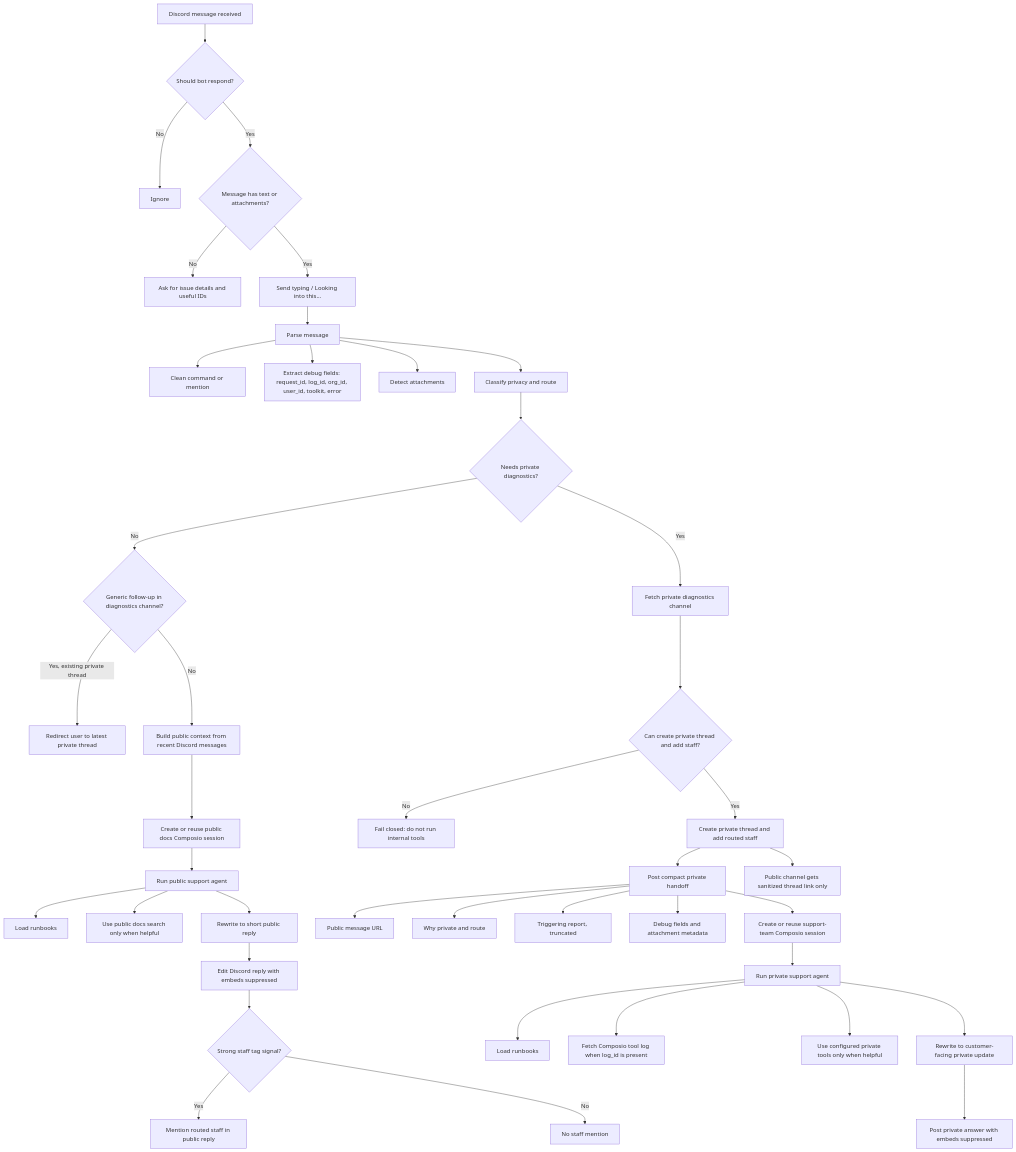
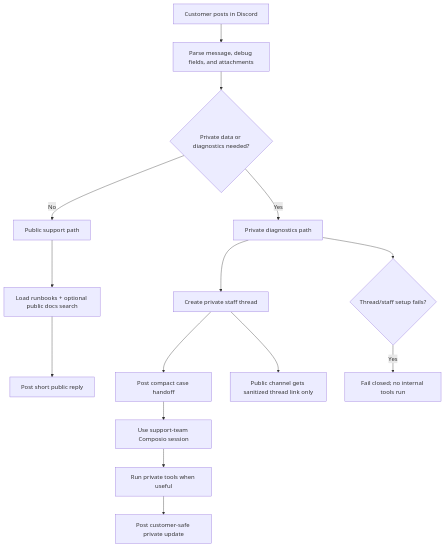
One commit to Malayvasa/composio-discord-support-bot changed the diagram in README.md. Above: the diagram before and after it, drawn with Mermaid.

Commit message:
Simplify README support flowchart

````diff
--- a/README.md
+++ b/README.md
@@ -98,45 +98,20 @@
 ```mermaid
 flowchart TD
-  A["Discord message received"] --> B{"Should bot respond?"}
-  B -->|No| Z["Ignore"]
-  B -->|Yes| C{"Message has text or attachments?"}
-  C -->|No| C1["Ask for issue details and useful IDs"]
-  C -->|Yes| D["Send typing / Looking into this..."]
-  D --> E["Parse message"]
-  E --> E1["Clean command or mention"]
-  E --> E2["Extract debug fields: request_id, log_id, org_id, user_id, toolkit, error"]
-  E --> E3["Detect attachments"]
-  E --> F["Classify privacy and route"]
-  F --> G{"Needs private diagnostics?"}
+  A["Customer posts in Discord"] --> B["Parse message, debug fields, and attachments"]
+  B --> C{"Private data or diagnostics needed?"}
 
-  G -->|No| H{"Generic follow-up in diagnostics channel?"}
-  H -->|Yes, existing private thread| H1["Redirect user to latest private thread"]
-  H -->|No| I["Build public context from recent Discord messages"]
-  I --> J["Create or reuse public docs Composio session"]
-  J --> K["Run public support agent"]
-  K --> K1["Load runbooks"]
-  K --> K2["Use public docs search only when helpful"]
-  K --> K3["Rewrite to short public reply"]
-  K3 --> L["Edit Discord reply with embeds suppressed"]
-  L --> M{"Strong staff tag signal?"}
-  M -->|Yes| M1["Mention routed staff in public reply"]
-  M -->|No| M2["No staff mention"]
+  C -->|No| D["Public support path"]
+  D --> E["Load runbooks + optional public docs search"]
+  E --> F["Post short public reply"]
 
-  G -->|Yes| P["Fetch private diagnostics channel"]
-  P --> Q{"Can create private thread and add staff?"}
-  Q -->|No| Q1["Fail closed: do not run internal tools"]
-  Q -->|Yes| R["Create private thread and add routed staff"]
-  R --> S["Post compact private handoff"]
-  S --> S1["Public message URL"]
-  S --> S2["Why private and route"]
-  S --> S3["Triggering report, truncated"]
-  S --> S4["Debug fields and attachment metadata"]
-  S --> T["Create or reuse support-team Composio session"]
-  T --> U["Run private support agent"]
-  U --> U1["Load runbooks"]
-  U --> U2["Fetch Composio tool log when log_id is present"]
-  U --> U3["Use configured private tools only when helpful"]
-  U --> U4["Rewrite to customer-facing private update"]
-  U4 --> V["Post private answer with embeds suppressed"]
-  R --> W["Public channel gets sanitized thread link only"]
+  C -->|Yes| G["Private diagnostics path"]
+  G --> H["Create private staff thread"]
+  H --> I["Post compact case handoff"]
+  I --> J["Use support-team Composio session"]
+  J --> K["Run private tools when useful"]
+  K --> L["Post customer-safe private update"]
+
+  H --> M["Public channel gets sanitized thread link only"]
+  G --> N{"Thread/staff setup fails?"}
+  N -->|Yes| O["Fail closed; no internal tools run"]
 ```
````
